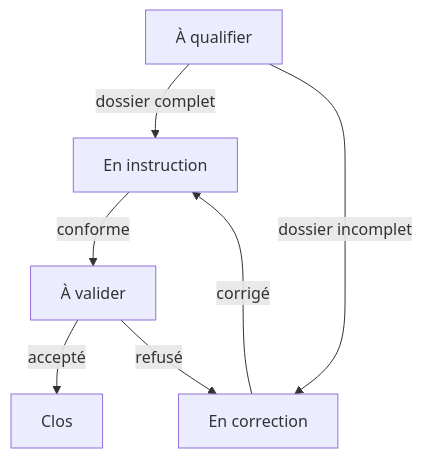
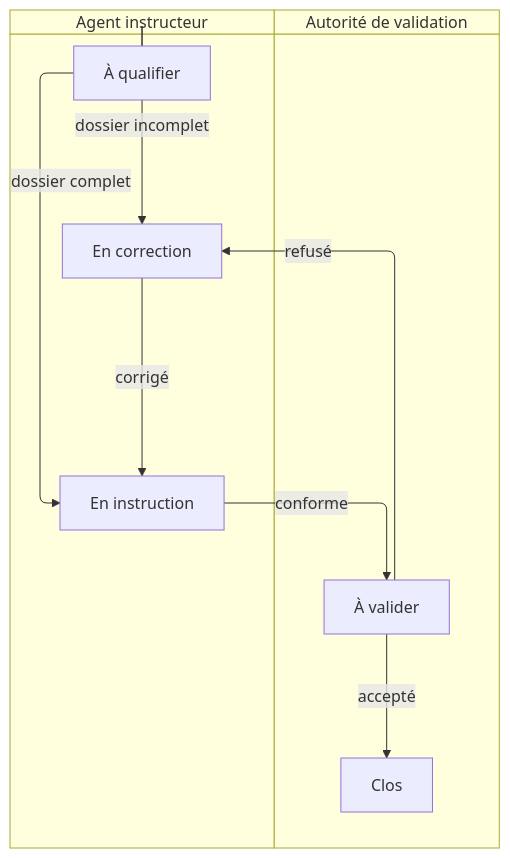
The first of 9 diagrams in docs/mermaid-representations.md (pessonnier/plan), drawn with Mermaid before and after one commit. The commit also changed other lines of this file and 52 other files, not shown here.

````diff
--- a/docs/mermaid-representations.md
+++ b/docs/mermaid-representations.md
@@ -14,15 +17,19 @@
 ```mermaid
-flowchart TD
-    A_qualifier[À qualifier]
-    En_instruction[En instruction]
-    A_valider[À valider]
-    En_correction[En correction]
-    Clos[Clos]
+swimlane-beta TD
+    subgraph Ligne_eau_Agent_instructeur ["Agent instructeur"]
+        A_qualifier[À qualifier]
+        En_instruction[En instruction]
+        En_correction[En correction]
+    end
+    subgraph Ligne_eau_Autorite_validation ["Autorité de validation"]
+        A_valider[À valider]
+        Clos[Clos]
+    end
 
     A_qualifier -->|dossier complet| En_instruction
     A_qualifier -->|dossier incomplet| En_correction
     En_instruction -->|conforme| A_valider
     A_valider -->|accepté| Clos
     A_valider -->|refusé| En_correction
     En_correction -->|corrigé| En_instruction
 ```
````
